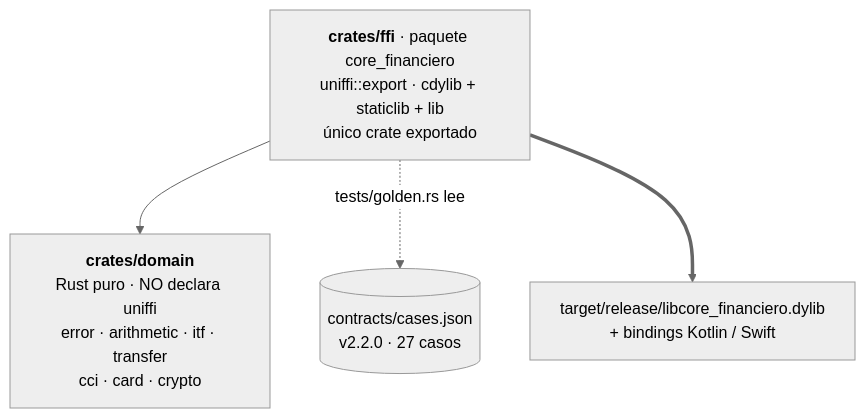
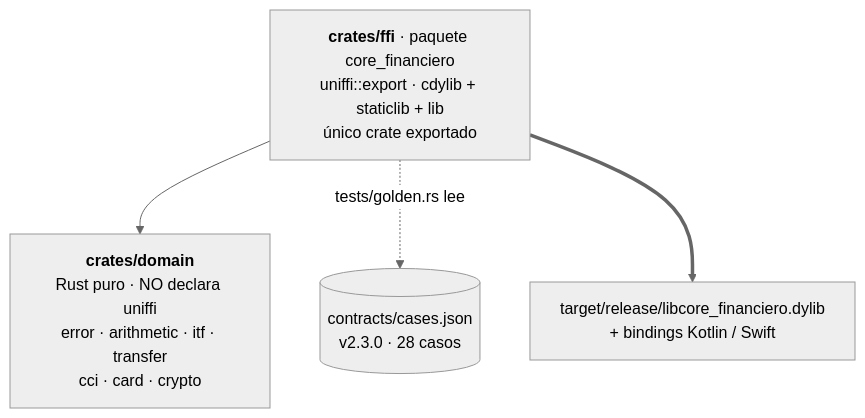
One commit to tohure/rust-core-cross-app changed the diagram in rust-core/README.md. Above: the diagram before and after it, drawn with Mermaid (neutral theme). The commit also changed other lines of this file and 6 other files, not shown here.

````diff
--- a/rust-core/README.md
+++ b/rust-core/README.md
@@ -16,11 +16,11 @@
 ```mermaid
 graph TD
     ffi["<b>crates/ffi</b> · paquete core_financiero<br/>uniffi::export · cdylib + staticlib + lib<br/>único crate exportado"]
     domain["<b>crates/domain</b><br/>Rust puro · NO declara uniffi<br/>error · arithmetic · itf · transfer<br/>cci · card · crypto"]
-    contrato[("contracts/cases.json<br/>v2.2.0 · 27 casos")]
+    contrato[("contracts/cases.json<br/>v2.3.0 · 28 casos")]
     bindings["target/release/libcore_financiero.dylib<br/>+ bindings Kotlin / Swift"]
 
     ffi --> domain
     ffi -. "tests/golden.rs lee" .-> contrato
     ffi ==> bindings
 ```
````
